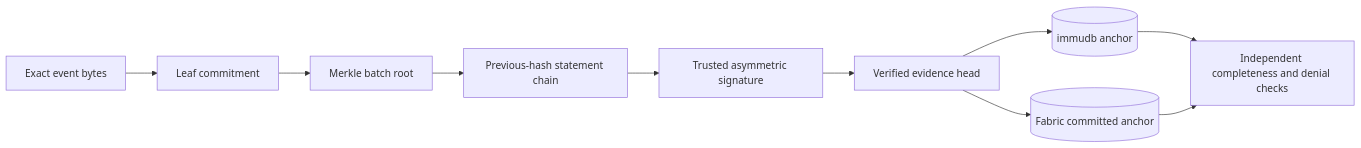
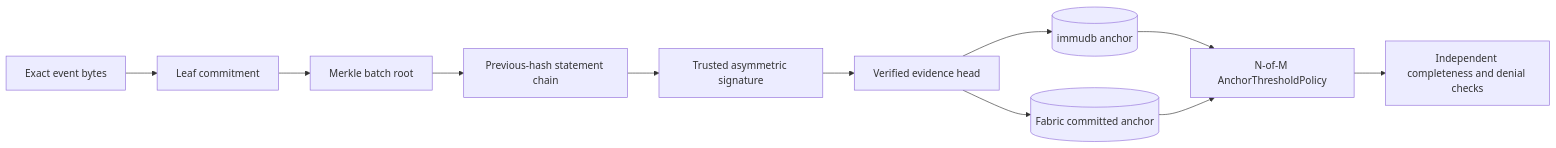
One commit to jagg-ix/weaverssh changed the fourth of 4 diagrams in evidencebinding/PROVIDERS.md. Above: the diagram before and after it, drawn with Mermaid. The commit also changed other lines of this file, not shown here.

Commit message:
Document N-of-M anchor verification

````diff
--- a/evidencebinding/PROVIDERS.md
+++ b/evidencebinding/PROVIDERS.md
@@ -92,12 +92,13 @@
 ```mermaid
 flowchart LR
     PAYLOAD[Exact event bytes] --> LEAF[Leaf commitment]
     LEAF --> MERKLE[Merkle batch root]
     MERKLE --> CHAIN[Previous-hash statement chain]
     CHAIN --> SIGN[Trusted asymmetric signature]
     SIGN --> HEAD[Verified evidence head]
     HEAD --> IMMU[(immudb anchor)]
     HEAD --> FABRIC[(Fabric committed anchor)]
-    IMMU --> CHECK[Independent completeness and denial checks]
-    FABRIC --> CHECK
+    IMMU --> QUORUM[N-of-M AnchorThresholdPolicy]
+    FABRIC --> QUORUM
+    QUORUM --> CHECK[Independent completeness and denial checks]
 ```
````
